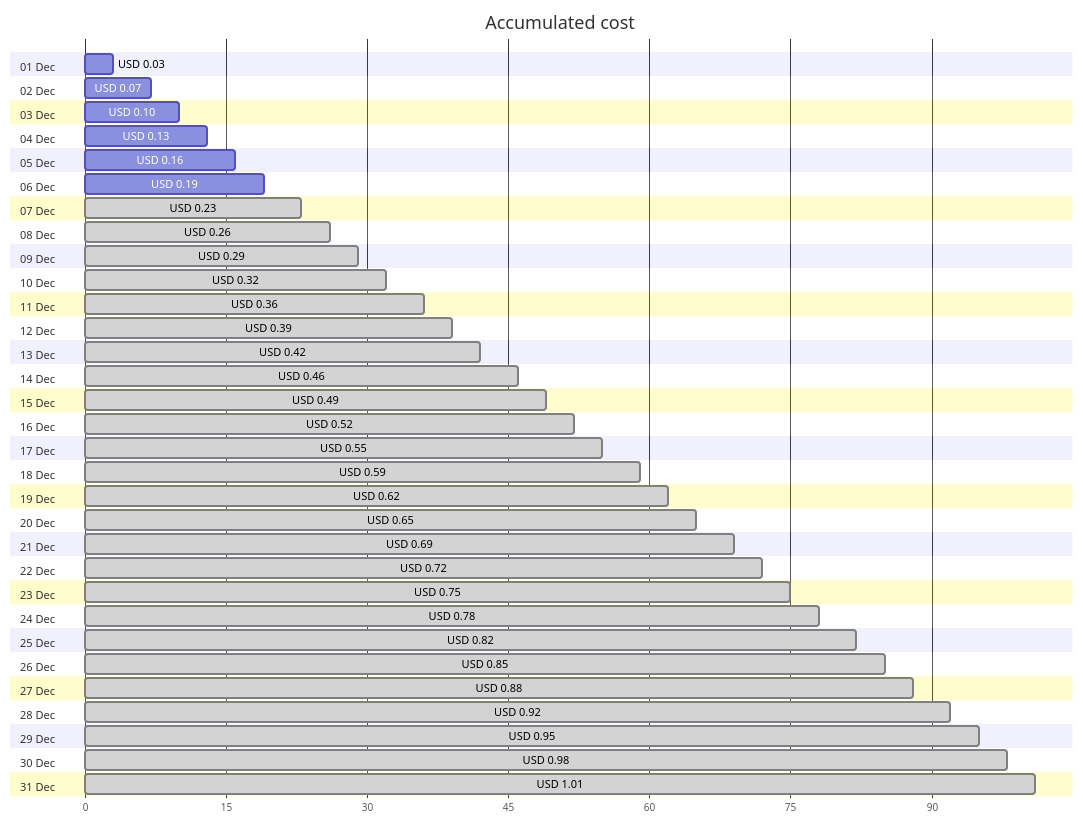
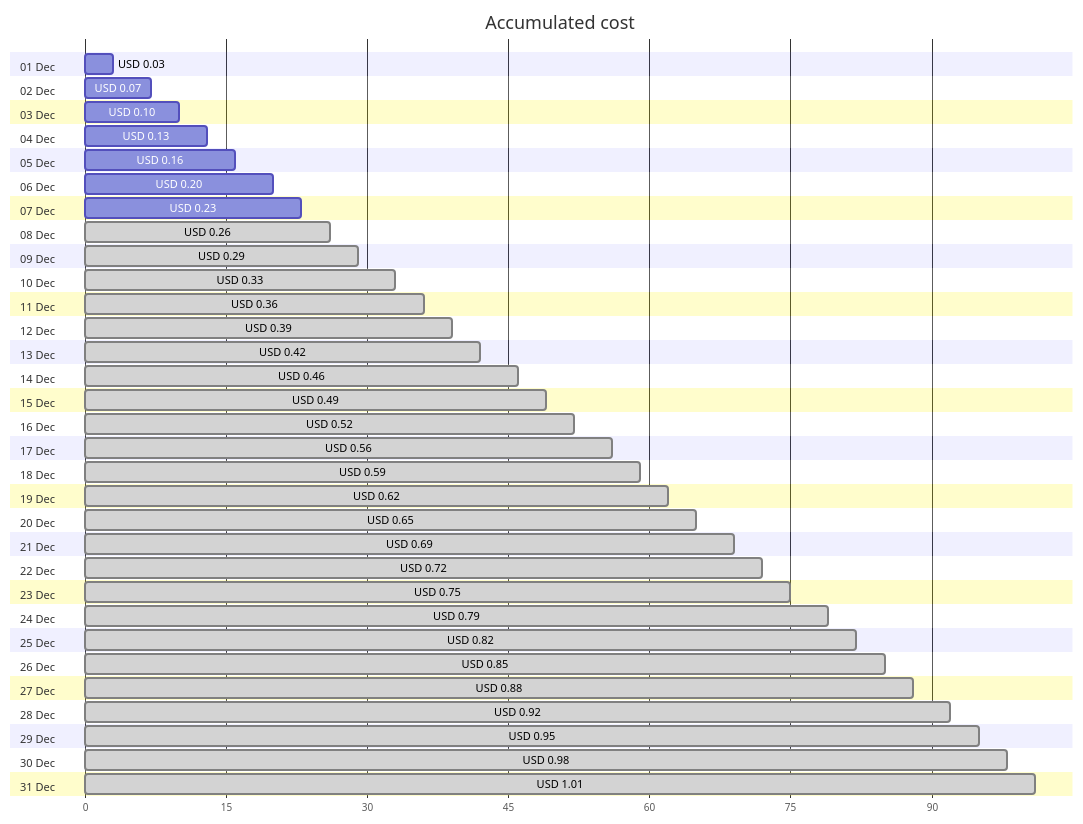
The first of 4 diagrams in cost-reports/personal-dns/README.md (jpfulton/azure-personal-reports), drawn with Mermaid before and after one commit. The commit also changed other lines of this file and 2 other files, not shown here.

````diff
--- a/cost-reports/personal-dns/README.md
+++ b/cost-reports/personal-dns/README.md
@@ -20,68 +20,68 @@
 ```mermaid
 gantt
    title Accumulated cost
    dateFormat  X
    axisFormat %s
    section 01 Dec
    USD 0.03 :0, 3
    section 02 Dec
    USD 0.07 :0, 7
    section 03 Dec
    USD 0.10 :0, 10
    section 04 Dec
    USD 0.13 :0, 13
    section 05 Dec
    USD 0.16 :0, 16
    section 06 Dec
-   USD 0.19 :0, 19
+   USD 0.20 :0, 20
    section 07 Dec
-   USD 0.23 : done, 0, 23
+   USD 0.23 :0, 23
    section 08 Dec
    USD 0.26 : done, 0, 26
    section 09 Dec
    USD 0.29 : done, 0, 29
    section 10 Dec
-   USD 0.32 : done, 0, 32
+   USD 0.33 : done, 0, 33
    section 11 Dec
    USD 0.36 : done, 0, 36
    section 12 Dec
    USD 0.39 : done, 0, 39
    section 13 Dec
    USD 0.42 : done, 0, 42
    section 14 Dec
    USD 0.46 : done, 0, 46
    section 15 Dec
    USD 0.49 : done, 0, 49
    section 16 Dec
    USD 0.52 : done, 0, 52
    section 17 Dec
-   USD 0.55 : done, 0, 55
+   USD 0.56 : done, 0, 56
    section 18 Dec
    USD 0.59 : done, 0, 59
    section 19 Dec
    USD 0.62 : done, 0, 62
    section 20 Dec
    USD 0.65 : done, 0, 65
    section 21 Dec
    USD 0.69 : done, 0, 69
    section 22 Dec
    USD 0.72 : done, 0, 72
    section 23 Dec
    USD 0.75 : done, 0, 75
    section 24 Dec
-   USD 0.78 : done, 0, 78
+   USD 0.79 : done, 0, 79
    section 25 Dec
    USD 0.82 : done, 0, 82
    section 26 Dec
    USD 0.85 : done, 0, 85
    section 27 Dec
    USD 0.88 : done, 0, 88
    section 28 Dec
    USD 0.92 : done, 0, 92
    section 29 Dec
    USD 0.95 : done, 0, 95
    section 30 Dec
    USD 0.98 : done, 0, 98
    section 31 Dec
    USD 1.01 : done, 0, 101
 ```
````
